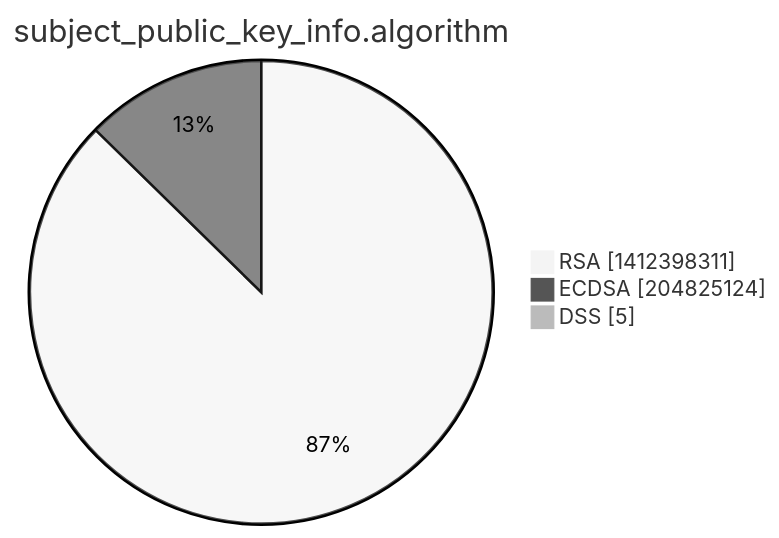
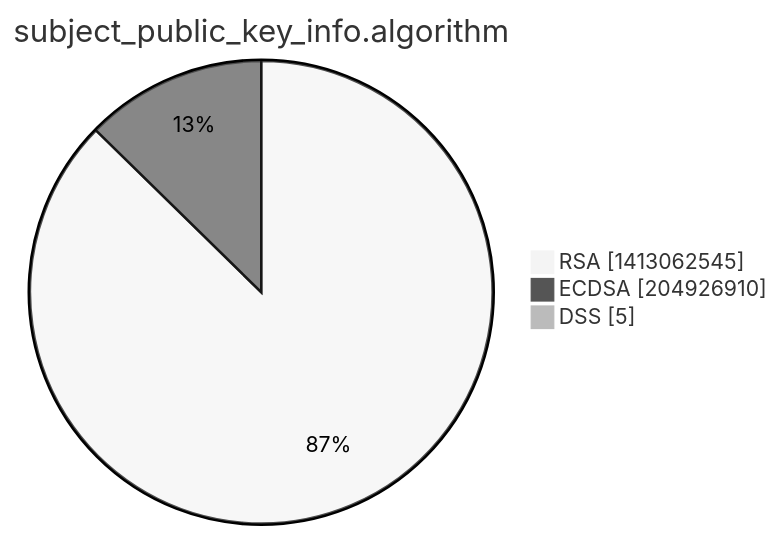
Before and after one commit to christiankrug/ctmonitor_visualization: the third of 15 diagrams in xenon2022/README.md, drawn with Mermaid (neutral theme). The commit also changed other lines of this file, not shown here.

````diff
--- a/xenon2022/README.md
+++ b/xenon2022/README.md
@@ -14,7 +14,7 @@
 ```mermaid
 pie showData
 title subject_public_key_info.algorithm
-"RSA" :1412398311
-"ECDSA" :204825124
+"RSA" :1413062545
+"ECDSA" :204926910
 "DSS" :5
 ```
````
